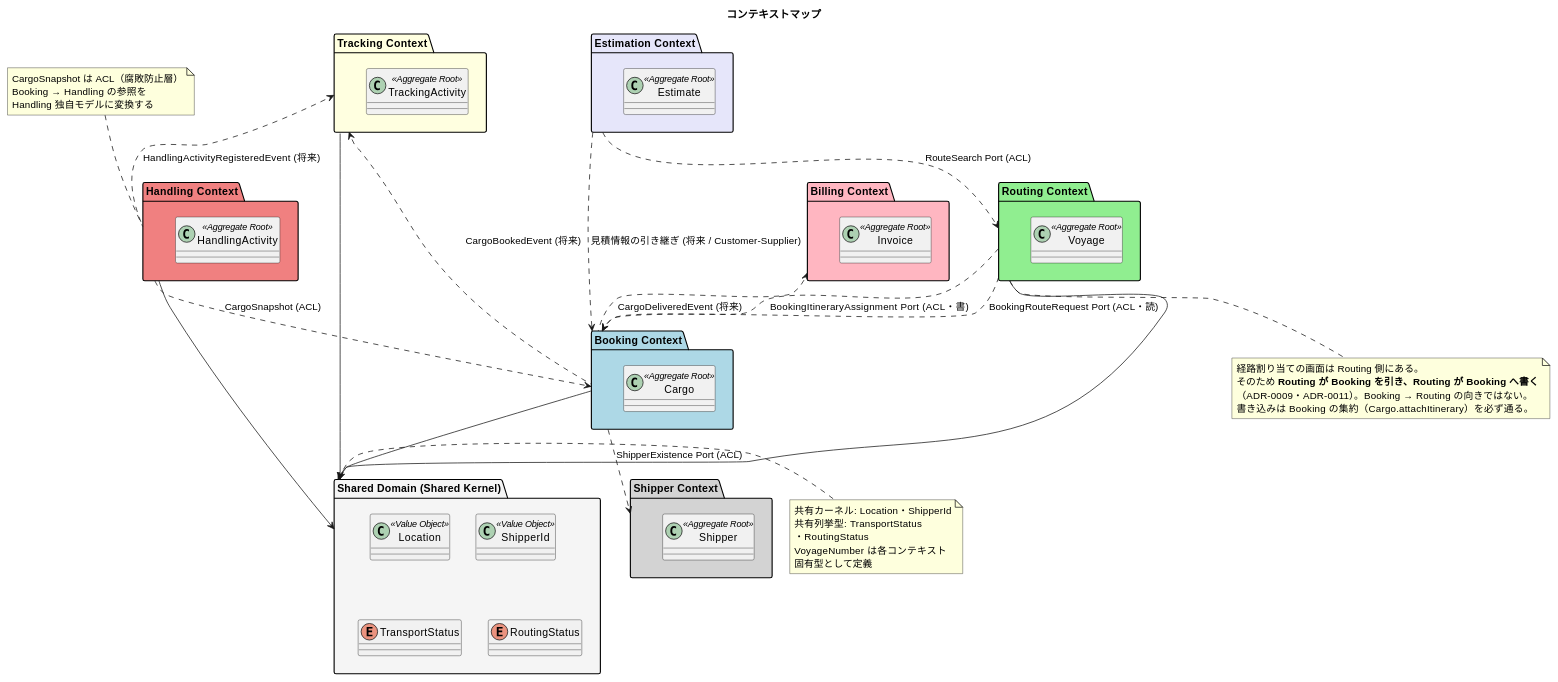
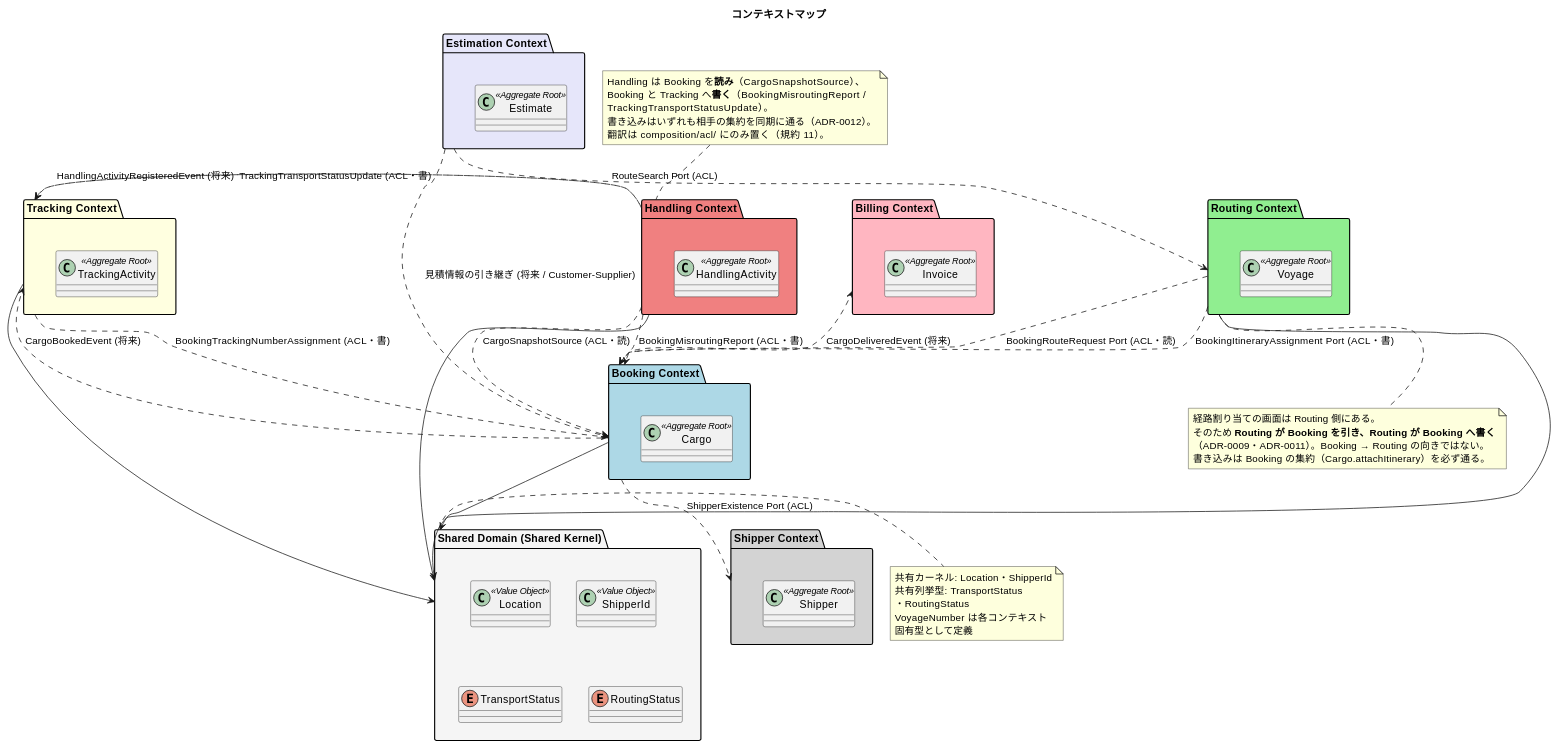
One commit to k2works/case-study-cargo-tracker changed the second of 8 diagrams in docs/design/architecture_backend.md. Above: the diagram before and after it, drawn with PlantUML. The commit also changed other lines of this file and 41 other files, not shown here.

````diff
--- a/docs/design/architecture_backend.md
+++ b/docs/design/architecture_backend.md
@@ -144,70 +144,75 @@
 ```plantuml
 @startuml
 title コンテキストマップ
 
 package "Booking Context" as booking #LightBlue {
   class Cargo <<Aggregate Root>>
 }
 package "Shipper Context" as shipper #LightGray {
   class Shipper <<Aggregate Root>>
 }
 package "Estimation Context" as estimation #Lavender {
   class Estimate <<Aggregate Root>>
 }
 package "Routing Context" as routing #LightGreen {
   class Voyage <<Aggregate Root>>
 }
 package "Tracking Context" as tracking #LightYellow {
   class TrackingActivity <<Aggregate Root>>
 }
 package "Handling Context" as handling #LightCoral {
   class HandlingActivity <<Aggregate Root>>
 }
 package "Billing Context" as billing #LightPink {
   class Invoice <<Aggregate Root>>
 }
 package "Shared Domain (Shared Kernel)" as shared #WhiteSmoke {
   class Location <<Value Object>>
   class ShipperId <<Value Object>>
   enum TransportStatus
   enum RoutingStatus
 }
 
 booking --> shared
 routing --> shared
 tracking --> shared
 handling --> shared
 
 estimation ..> booking : 見積情報の引き継ぎ (将来 / Customer-Supplier)
 estimation ..> routing : RouteSearch Port (ACL)
 routing ..> booking : BookingRouteRequest Port (ACL・読)
 routing ..> booking : BookingItineraryAssignment Port (ACL・書)
 booking ..> shipper : ShipperExistence Port (ACL)
-handling ..> booking : CargoSnapshot (ACL)
+handling ..> booking : CargoSnapshotSource (ACL・読)
+handling ..> booking : BookingMisroutingReport (ACL・書)
+handling ..> tracking : TrackingTransportStatusUpdate (ACL・書)
+tracking ..> booking : BookingTrackingNumberAssignment (ACL・書)
 tracking <.. booking : CargoBookedEvent (将来)
 tracking <.. handling : HandlingActivityRegisteredEvent (将来)
 billing <.. booking : CargoDeliveredEvent (将来)
 
 note bottom of routing
   経路割り当ての画面は Routing 側にある。
   そのため **Routing が Booking を引き、Routing が Booking へ書く**
   （ADR-0009・ADR-0011）。Booking → Routing の向きではない。
   書き込みは Booking の集約（Cargo.attachItinerary）を必ず通る。
 end note
 
 note top of handling
-  CargoSnapshot は ACL（腐敗防止層）
-  Booking → Handling の参照を
-  Handling 独自モデルに変換する
+  Handling は Booking を**読み**（CargoSnapshotSource）、
+  Booking と Tracking へ**書く**（BookingMisroutingReport /
+  TrackingTransportStatusUpdate）。
+  書き込みはいずれも相手の集約を同期に通る（ADR-0012）。
+  翻訳は composition/acl/ にのみ置く（規約 11）。
 end note
 
 note right of shared
   共有カーネル: Location・ShipperId
   共有列挙型: TransportStatus
   ・RoutingStatus
   VoyageNumber は各コンテキスト
   固有型として定義
 end note
 
 @enduml
 ```
````
